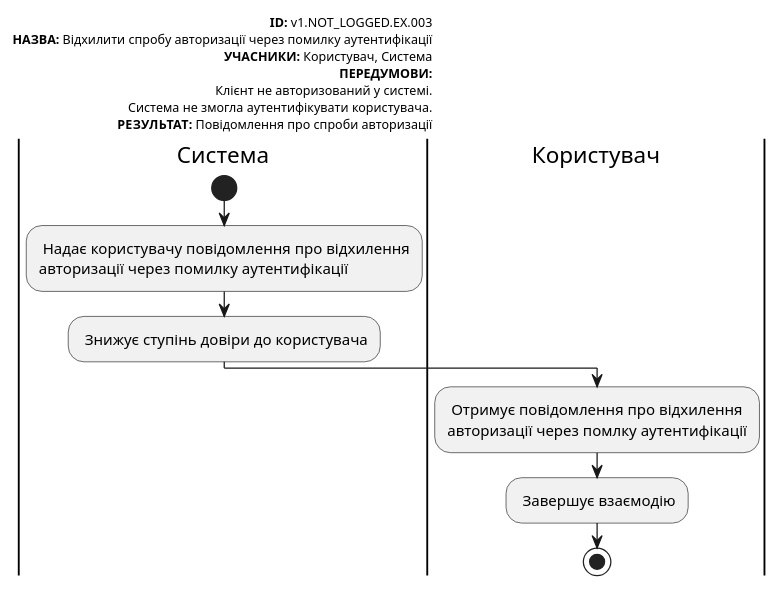
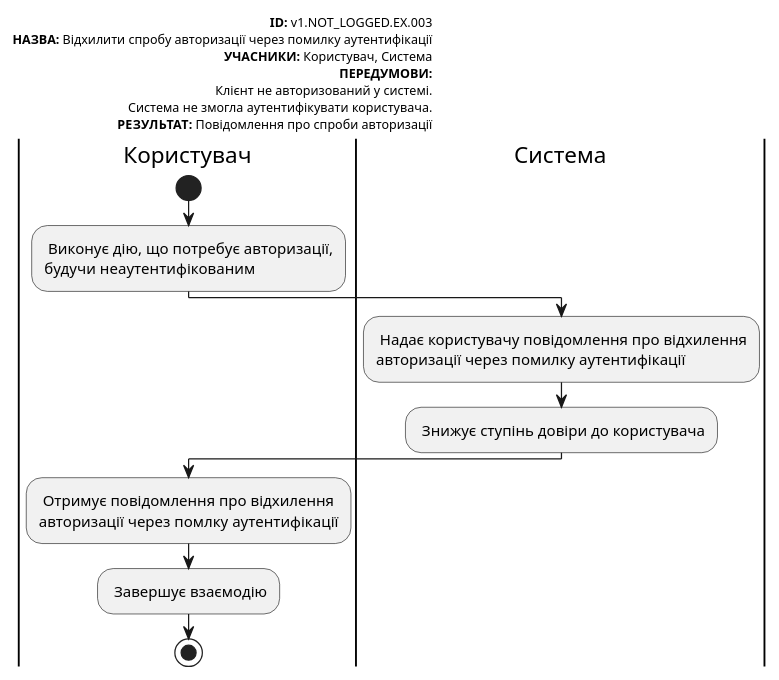
Before and after one commit to Znskiy/survey-expert: diagram 18 of 18 in docs/use cases/README.md, drawn with PlantUML. The commit also changed other lines of this file, not shown here.

```diff
--- a/docs/use cases/README.md
+++ b/docs/use cases/README.md
@@ -959,25 +962,28 @@
 @startuml
 
     left header
          <font color=000 size=10><b>ID:</b> v1.NOT_LOGGED.EX.003
          <font color=000 size=10><b>НАЗВА:</b> Відхилити спробу авторизації через помилку аутентифікації
          <font color=000 size=10><b>УЧАСНИКИ:</b> Користувач, Система
          <font color=000 size=10><b>ПЕРЕДУМОВИ:</b>
          <font color=000 size=10>Клієнт не авторизований у системі.
          <font color=000 size=10>Система не змогла аутентифікувати користувача.
          <font color=000 size=10><b>РЕЗУЛЬТАТ:</b> Повідомлення про спроби авторизації
      end header
-
+             
+     |Користувач|
+         start
+         : Виконує дію, що потребує авторизації, 
+         будучи неаутентифікованим;
      |Система|
-         start
          : Надає користувачу повідомлення про відхилення
          авторизації через помилку аутентифікації;  
          : Знижує ступінь довіри до користувача;  
              
      |Користувач|
          : Отримує повідомлення про відхилення
          авторизації через помлку аутентифікації;
          : Завершує взаємодію;
          stop;
 
 @enduml
```
